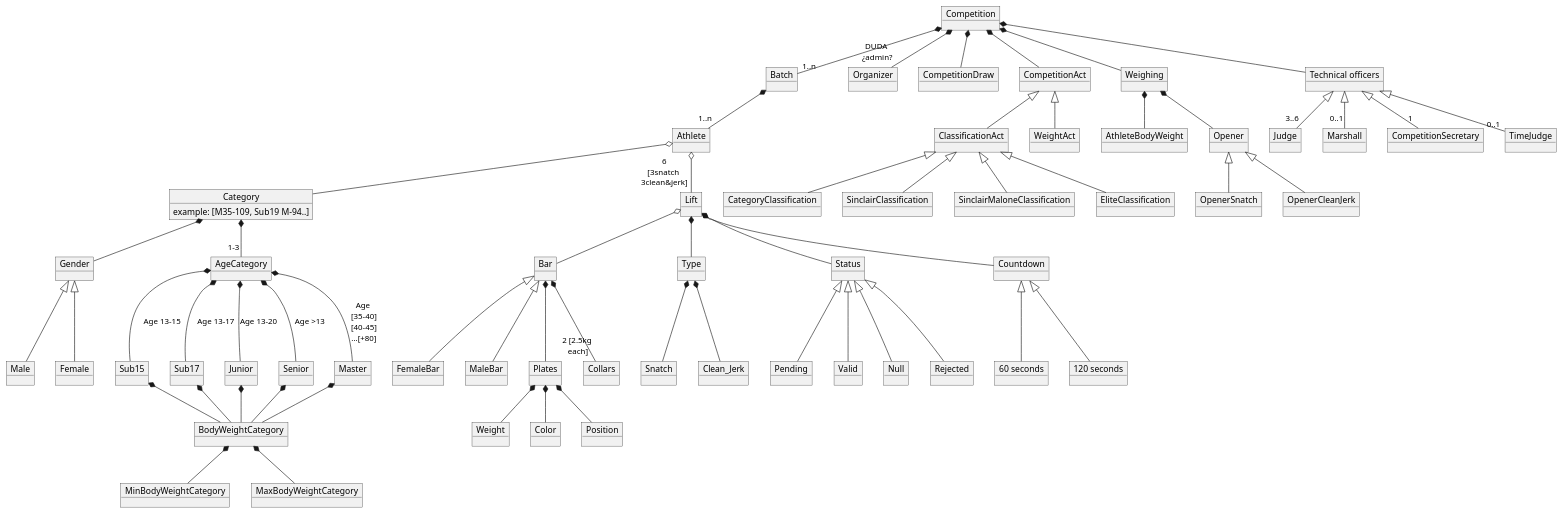
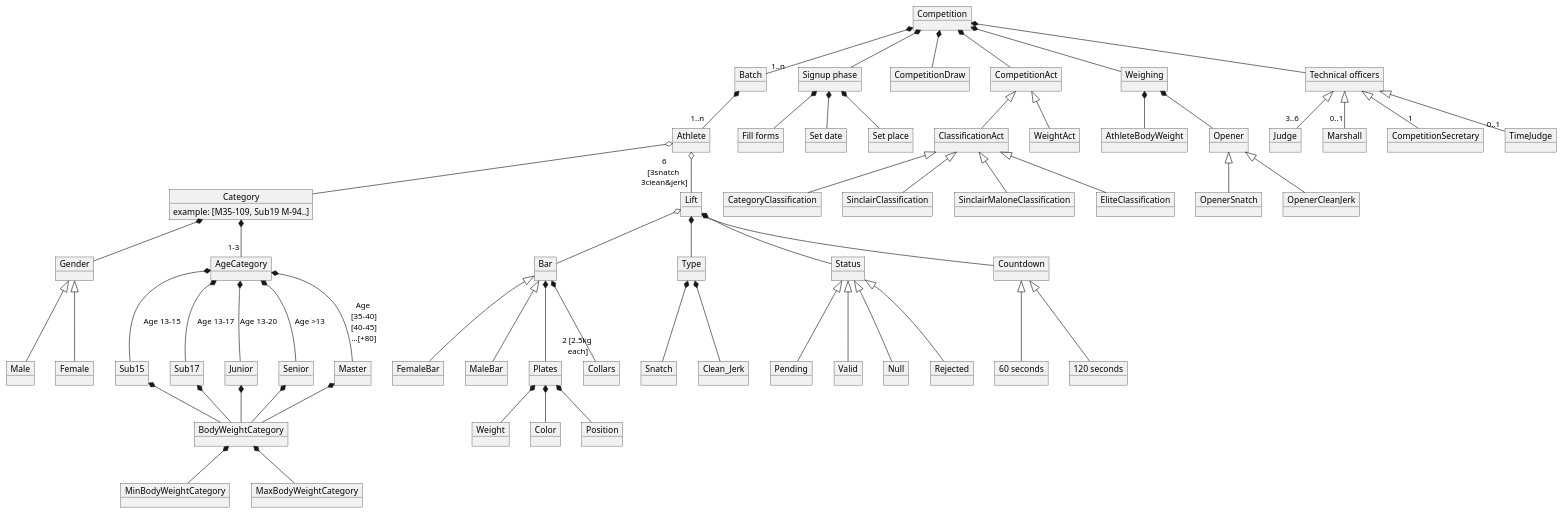
Before and after one commit to zuldare/mastercloud_pfm_halterocms: the diagram in modelDomain/competitionDomainModel.puml, drawn with PlantUML. The commit also changed 1 other file, not shown here.

```diff
--- a/modelDomain/competitionDomainModel.puml
+++ b/modelDomain/competitionDomainModel.puml
@@ -1,158 +1,164 @@
 @startuml
 'https://plantuml.com/object-diagram
 
 object Competition
 object Batch
-object Organizer
+object "Signup phase" as signup
+object "Fill forms" as fillForms
+object "Set date" as setDate
+object "Set place" as setPlace
 
 object Athlete
 object Gender
 object Male
 object Female
 
 object CompetitionDraw
 
 ' Category
 object Category {
   example: [M35-109, Sub19 M-94..]
 }
 
 object BodyWeightCategory
 object MinBodyWeightCategory
 object MaxBodyWeightCategory
 
 object AgeCategory
 object Sub15
 object Sub17
 object Junior
 object Senior
 object Master
 
 ' Bars
 object Bar
 object FemaleBar
 object MaleBar
 object Plates
 object Weight
 object Color
 object Collars
 object Position
 
 ' Lifts
 object Lift
 object Type
 object Snatch
 object Clean_Jerk
 object Status
 object Pending
 object Valid
 object Null
 object Rejected
 object Countdown
 object "60 seconds" as 60s
 object "120 seconds" as 120s
 
 ' Competition acts
 object CompetitionAct
 object ClassificationAct
 object WeightAct
 
 ' Clasification Acts
 object CategoryClassification
 object SinclairClassification
 object SinclairMaloneClassification
 object EliteClassification
 
 ' Weighing
 object Weighing
 object AthleteBodyWeight
 object Opener
 object OpenerSnatch
 object OpenerCleanJerk
 
 ' Technical officers
 object "Technical officers" as TC
 object Judge
 object Marshall
 object CompetitionSecretary
 object TimeJudge
 
 
 Competition *-- TC
 TC <|-- "3..6" Judge
 TC <|-- "0..1" Marshall
 TC <|-- "1" CompetitionSecretary
 TC <|-- "0..1" TimeJudge
 
 
 Weighing *-- AthleteBodyWeight
 Weighing *-- Opener
 Opener <|-- OpenerSnatch
 Opener <|-- OpenerCleanJerk
 
 
 Lift *-- Type
 Type *-- Snatch
 Type *-- Clean_Jerk
 Lift o-- Bar
 Lift *-- Status
 Status <|-- Pending
 Status <|-- Valid
 Status <|-- Null
 Status <|-- Rejected
 Lift *-- Countdown
 Countdown <|-- 60s
 Countdown <|-- 120s
 
 
-Competition *-- "DUDA\n ¿admin?" Organizer
+Competition *-- signup
+signup *-- fillForms
+signup *-- setDate
+signup *-- setPlace
 Competition *-- Weighing
 Competition *-- "1..n" Batch
 Batch *-- "1..n" Athlete
 Competition *-- CompetitionAct
 CompetitionAct <|-- ClassificationAct
 CompetitionAct <|-- WeightAct
 Competition *-- CompetitionDraw
 
 
 ClassificationAct <|-- CategoryClassification
 ClassificationAct <|-- SinclairClassification
 ClassificationAct <|-- SinclairMaloneClassification
 ClassificationAct <|-- EliteClassification
 
 
 Gender <|-- Male
 Gender <|-- Female
 
 Category *-- "1-3" AgeCategory
 Category *-- Gender
 Sub15 *-- BodyWeightCategory
 Sub17 *-- BodyWeightCategory
 Junior *-- BodyWeightCategory
 Senior *-- BodyWeightCategory
 Master *-- BodyWeightCategory
 BodyWeightCategory *-- MinBodyWeightCategory
 BodyWeightCategory *-- MaxBodyWeightCategory
 
 AgeCategory *-- Sub15 :"Age 13-15"
 AgeCategory *-- Sub17 :"Age 13-17"
 AgeCategory *-- Junior :"Age 13-20"
 AgeCategory *-- Senior :"Age >13"
 AgeCategory *-- Master :"Age \n[35-40]\n[40-45]\n...[+80]"
 
 
 Athlete o-- Category
 
 Bar <|-- FemaleBar
 Bar <|-- MaleBar
 Bar *-- Plates
 Bar *-- "2 [2.5kg\n each]" Collars
 Plates *-- Weight
 Plates *-- Color
 Plates *-- Position
 
 
 Athlete o-- "6\n[3snatch \n3clean&jerk]" Lift
 
 
 @enduml
```
